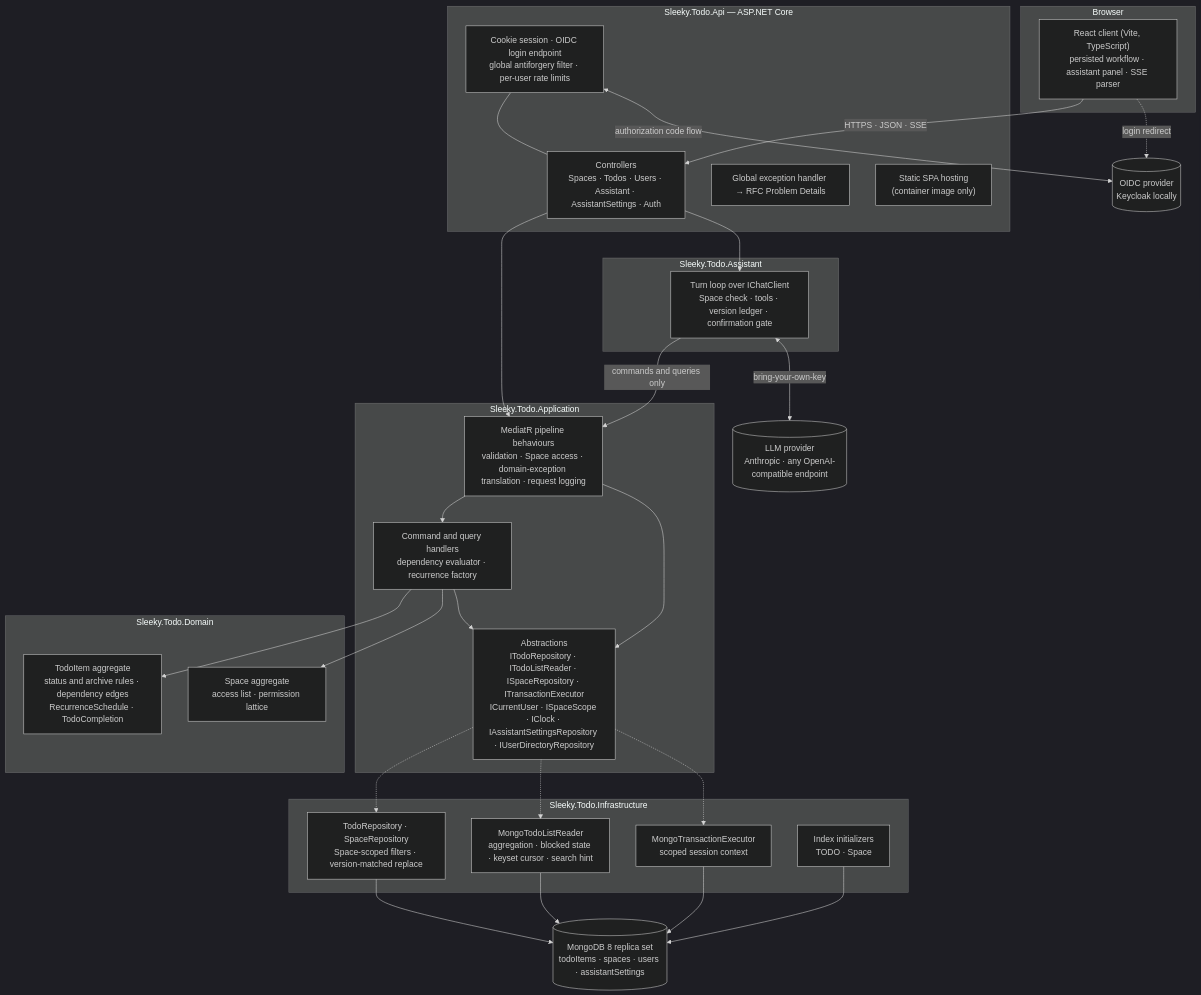
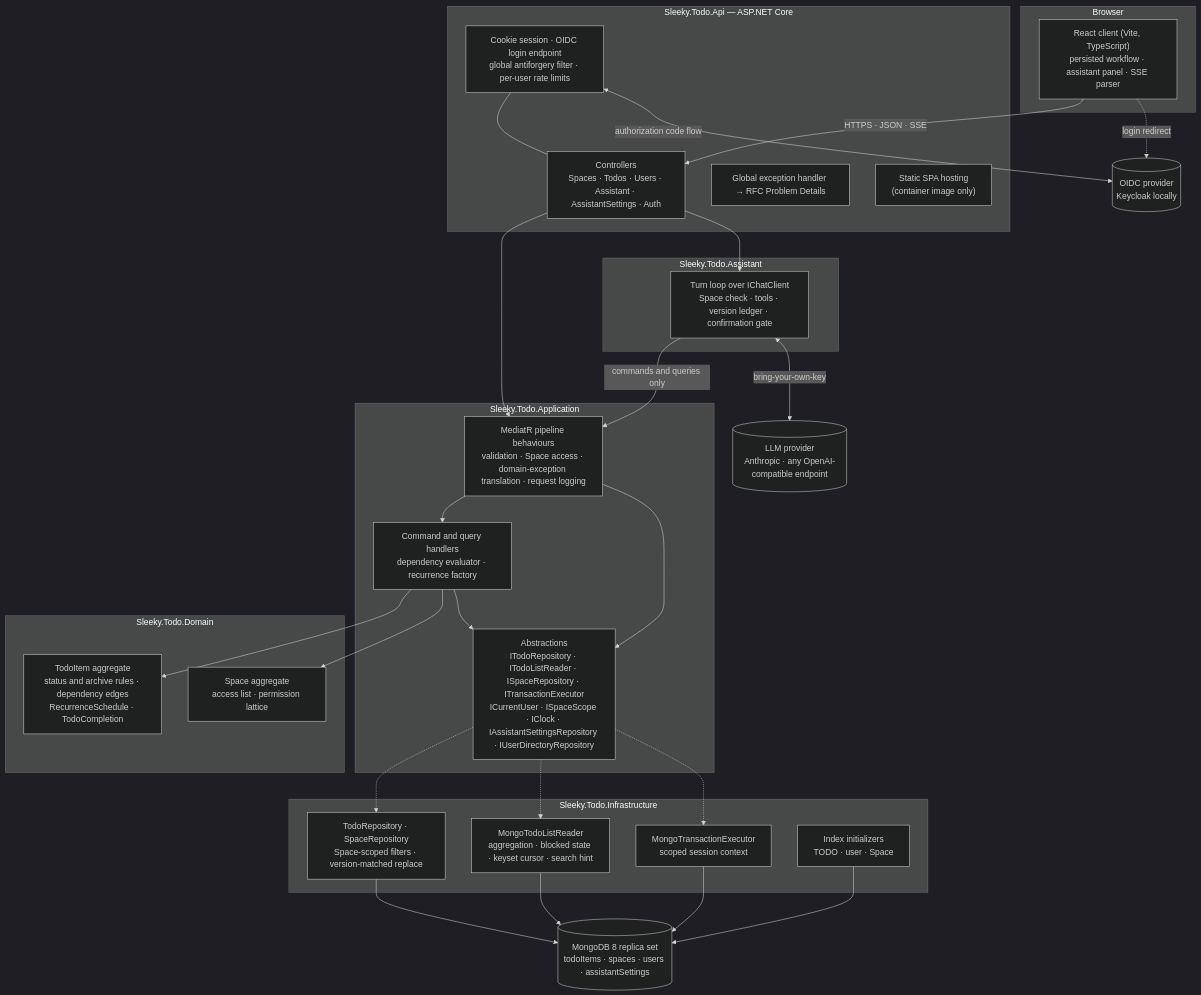
Before and after one commit to Space0Timer/sleeky-todo: the first of 2 diagrams in docs/architecture.md, drawn with Mermaid (dark theme). The commit also changed other lines of this file and 2 other files, not shown here.

First line of the commit message:
docs: close four gaps between the architecture and the decision logs

````diff
--- a/docs/architecture.md
+++ b/docs/architecture.md
@@ -7,60 +7,60 @@
 ```mermaid
 flowchart TB
     subgraph browser["Browser"]
         spa["React client (Vite, TypeScript)<br/>persisted workflow · assistant panel · SSE parser"]
     end
 
     subgraph api["Sleeky.Todo.Api — ASP.NET Core"]
         auth["Cookie session · OIDC login endpoint<br/>global antiforgery filter · per-user rate limits"]
         controllers["Controllers<br/>Spaces · Todos · Users · Assistant · AssistantSettings · Auth"]
         problems["Global exception handler → RFC Problem Details"]
         static["Static SPA hosting<br/>(container image only)"]
     end
 
     subgraph assistant["Sleeky.Todo.Assistant"]
         turn["Turn loop over IChatClient<br/>Space check · tools · version ledger · confirmation gate"]
     end
 
     subgraph application["Sleeky.Todo.Application"]
         pipeline["MediatR pipeline behaviours<br/>validation · Space access · domain-exception translation · request logging"]
         handlers["Command and query handlers<br/>dependency evaluator · recurrence factory"]
         abstractions["Abstractions<br/>ITodoRepository · ITodoListReader · ISpaceRepository · ITransactionExecutor<br/>ICurrentUser · ISpaceScope · IClock · IAssistantSettingsRepository · IUserDirectoryRepository"]
     end
 
     subgraph domain["Sleeky.Todo.Domain"]
         entity["TodoItem aggregate<br/>status and archive rules · dependency edges<br/>RecurrenceSchedule · TodoCompletion"]
         space["Space aggregate<br/>access list · permission lattice"]
     end
 
     subgraph infrastructure["Sleeky.Todo.Infrastructure"]
         repo["TodoRepository · SpaceRepository<br/>Space-scoped filters · version-matched replace"]
         reader["MongoTodoListReader<br/>aggregation · blocked state · keyset cursor · search hint"]
         tx["MongoTransactionExecutor<br/>scoped session context"]
-        startup["Index initializers<br/>TODO · Space"]
+        startup["Index initializers<br/>TODO · user · Space"]
     end
 
     mongo[("MongoDB 8 replica set<br/>todoItems · spaces · users · assistantSettings")]
     idp[("OIDC provider<br/>Keycloak locally")]
     llm[("LLM provider<br/>Anthropic · any OpenAI-compatible endpoint")]
 
     spa -->|"HTTPS · JSON · SSE"| controllers
     spa -.->|"login redirect"| idp
     auth --- controllers
     controllers --> pipeline
     controllers --> turn
     turn -->|"commands and queries only"| pipeline
     turn <-->|"bring-your-own-key"| llm
     pipeline --> handlers
     pipeline --> abstractions
     handlers --> entity
     handlers --> space
     handlers --> abstractions
     abstractions -.-> repo
     abstractions -.-> reader
     abstractions -.-> tx
     repo --> mongo
     reader --> mongo
     tx --> mongo
     startup --> mongo
     auth <-->|"authorization code flow"| idp
 ```
````
